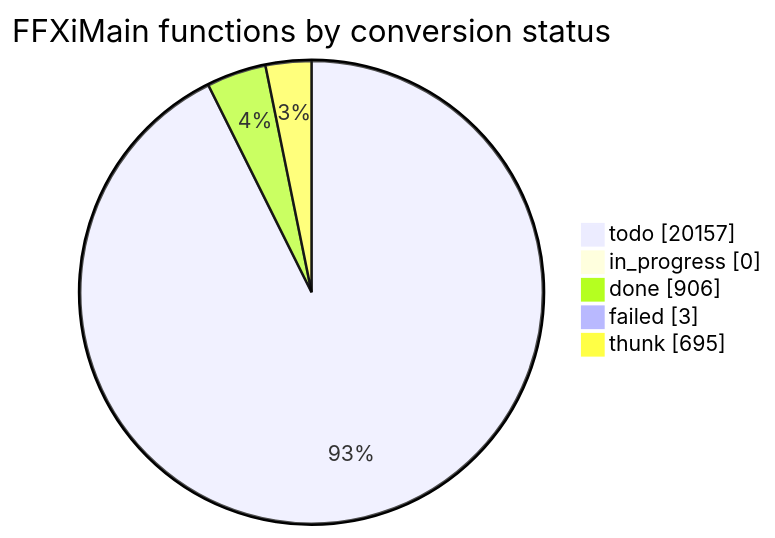
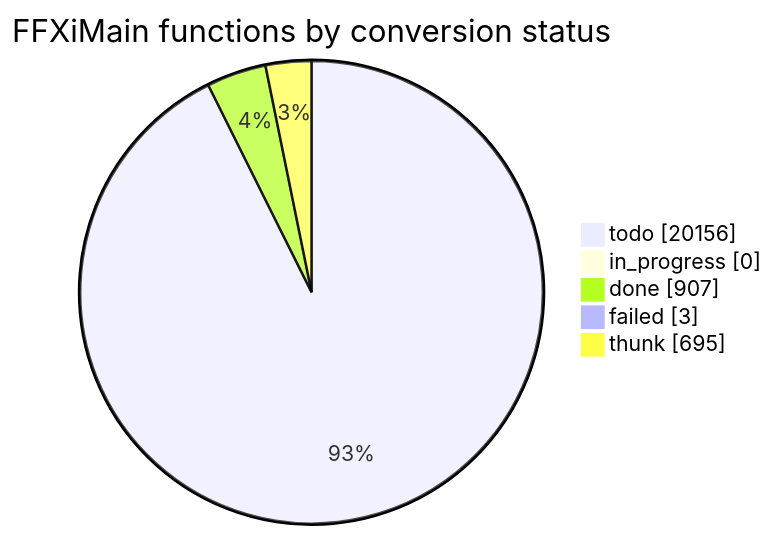
Before and after one commit to cowrevenge/cow_kuluu_xi_anything: the diagram in docs/cow/STATUS.md, drawn with Mermaid. The commit also changed other lines of this file and 9 other files, not shown here.

````diff
--- a/docs/cow/STATUS.md
+++ b/docs/cow/STATUS.md
@@ -18,9 +18,9 @@
 ```mermaid
 pie showData
     title FFXiMain functions by conversion status
-    "todo" : 20157
+    "todo" : 20156
     "in_progress" : 0
-    "done" : 906
+    "done" : 907
     "failed" : 3
     "thunk" : 695
 ```
````
